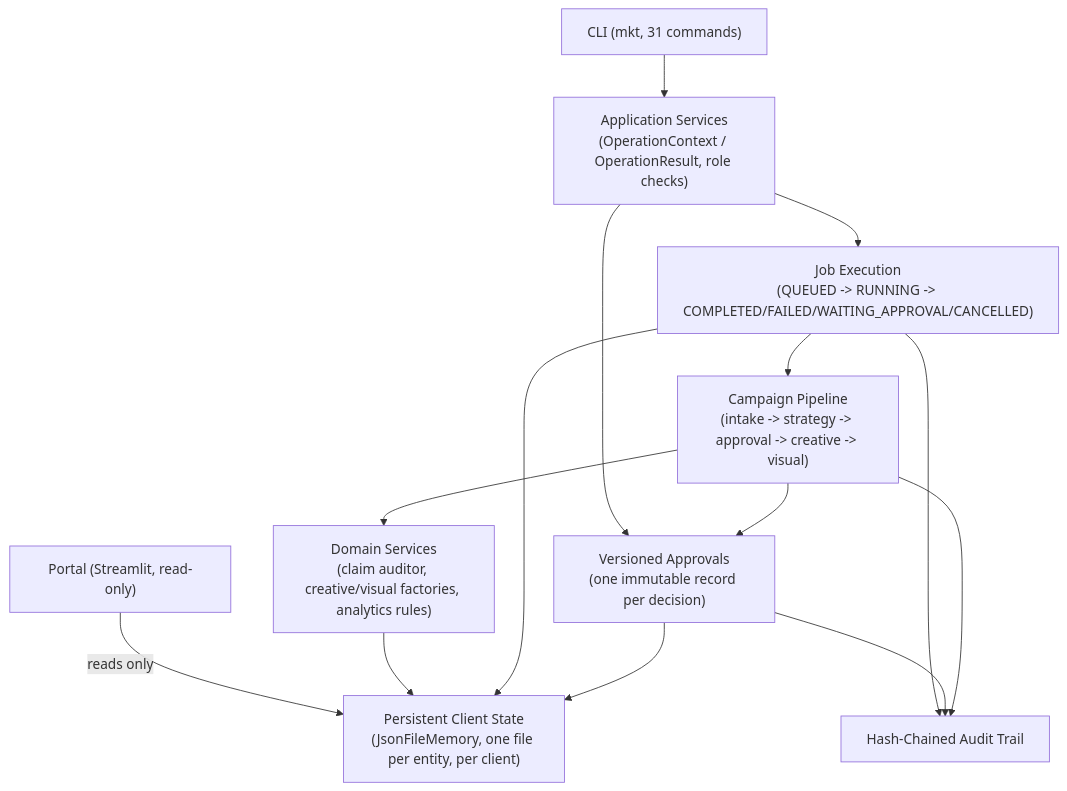
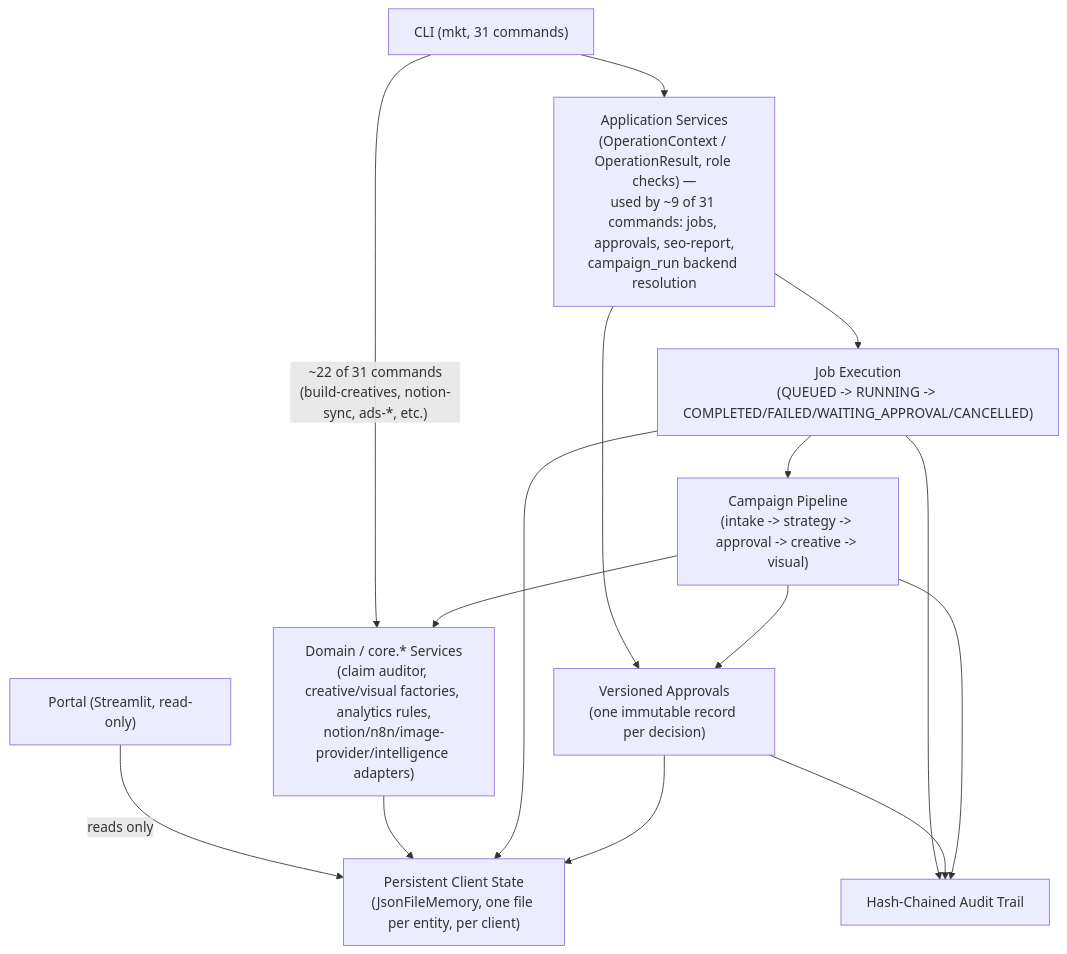
One commit to lkswally/marketing-agency changed the diagram in README.md. Above: the diagram before and after it, drawn with Mermaid. The commit also changed other lines of this file, not shown here.

First line of the commit message:
docs: correct portfolio architecture claims

````diff
--- a/README.md
+++ b/README.md
@@ -59,26 +59,27 @@
 ```mermaid
 flowchart TD
     CLI["CLI (mkt, 31 commands)"]
     Portal["Portal (Streamlit, read-only)"]
-    AppSvc["Application Services\n(OperationContext / OperationResult, role checks)"]
+    AppSvc["Application Services\n(OperationContext / OperationResult, role checks) —\nused by ~9 of 31 commands: jobs, approvals, seo-report,\ncampaign_run backend resolution"]
     Jobs["Job Execution\n(QUEUED -> RUNNING -> COMPLETED/FAILED/WAITING_APPROVAL/CANCELLED)"]
     Approvals["Versioned Approvals\n(one immutable record per decision)"]
     Pipeline["Campaign Pipeline\n(intake -> strategy -> approval -> creative -> visual)"]
-    Domain["Domain Services\n(claim auditor, creative/visual factories, analytics rules)"]
+    Domain["Domain / core.* Services\n(claim auditor, creative/visual factories, analytics rules,\nnotion/n8n/image-provider/intelligence adapters)"]
     Memory["Persistent Client State\n(JsonFileMemory, one file per entity, per client)"]
     Audit["Hash-Chained Audit Trail"]
 
     CLI --> AppSvc
+    CLI -->|"~22 of 31 commands\n(build-creatives, notion-sync, ads-*, etc.)"| Domain
     Portal -->|reads only| Memory
     AppSvc --> Jobs
     AppSvc --> Approvals
     Jobs --> Pipeline
     Pipeline --> Domain
     Pipeline --> Approvals
     Domain --> Memory
     Jobs --> Memory
     Approvals --> Memory
     Jobs --> Audit
     Approvals --> Audit
     Pipeline --> Audit
 ```
````
